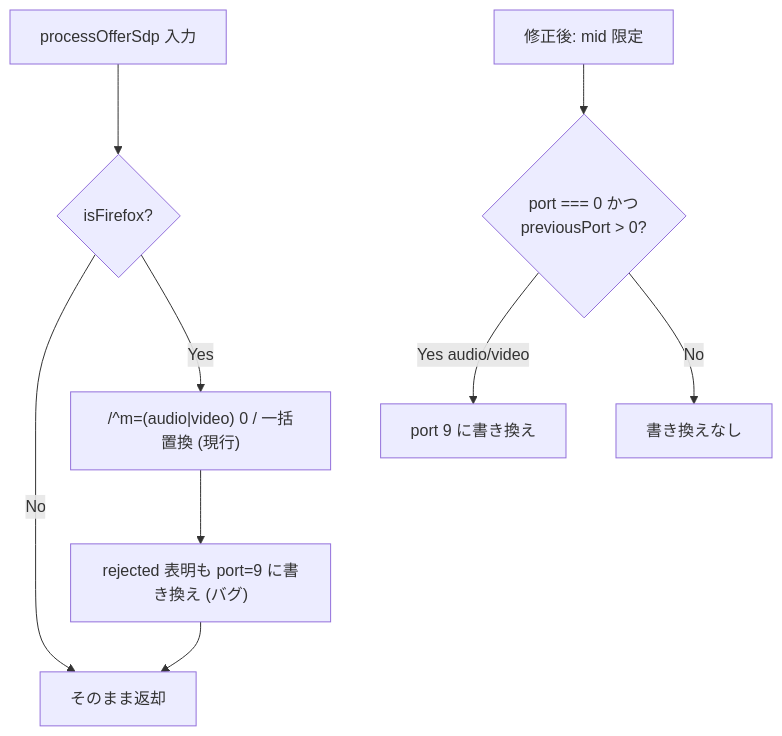
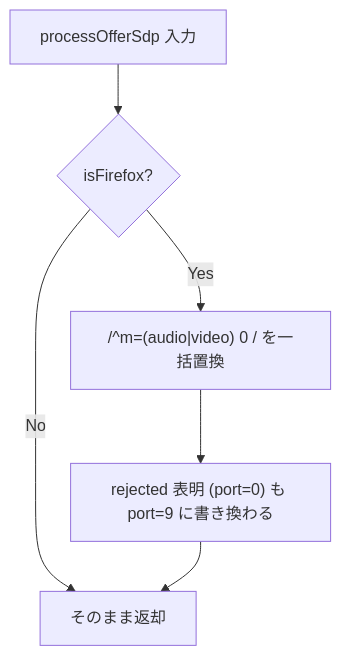
Before and after one commit to shiguredo/sora-js-sdk: the diagram in issues/0015-bug-fix-process-offer-sdp-port-zero-rewrite.md, drawn with Mermaid. The commit also changed other lines of this file and 33 other files, not shown here.

````diff
--- a/issues/0015-bug-fix-process-offer-sdp-port-zero-rewrite.md
+++ b/issues/0015-bug-fix-process-offer-sdp-port-zero-rewrite.md
@@ -20,12 +23,8 @@
 ```mermaid
 flowchart TD
     A[processOfferSdp 入力] --> B{isFirefox?}
     B -->|No| Z[そのまま返却]
-    B -->|Yes| C["/^m=(audio|video) 0 / 一括置換 (現行)"]
-    C --> D["rejected 表明も port=9 に書き換え (バグ)"]
+    B -->|Yes| C["/^m=(audio|video) 0 / を一括置換"]
+    C --> D["rejected 表明 (port=0) も port=9 に書き換わる"]
     D --> Z
-
-    E[修正後: mid 限定] --> F{port === 0 かつ<br/>previousPort > 0?}
-    F -->|Yes audio/video| G[port 9 に書き換え]
-    F -->|No| H[書き換えなし]
 ```
````
